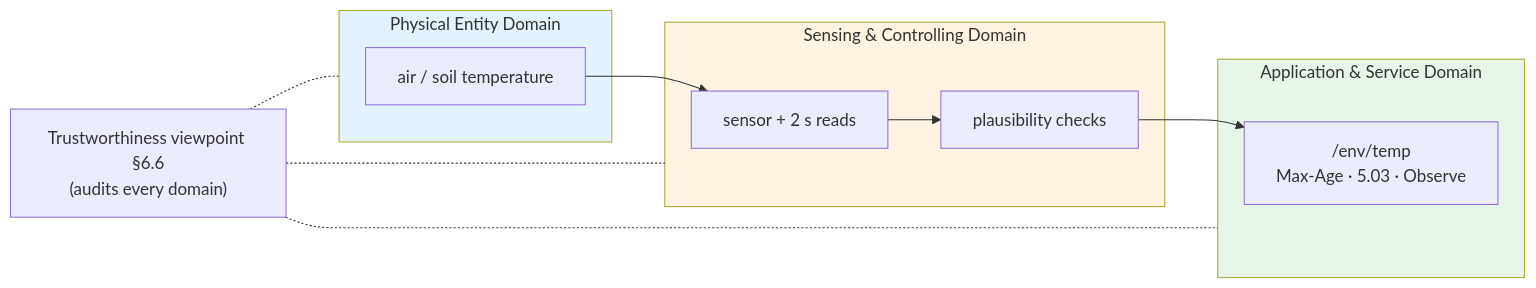
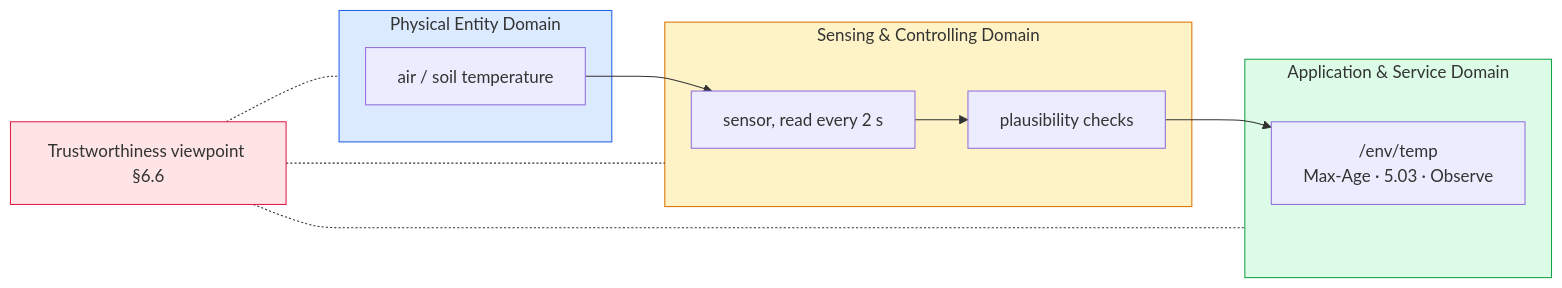
One commit to Giraldo0712/4201327-iot_systems_design changed the diagram in labs/lab4.md. Above: the diagram before and after it, drawn with Mermaid. The commit also changed other lines of this file and 11 other files, not shown here.

````diff
--- a/labs/lab4.md
+++ b/labs/lab4.md
@@ -251,20 +123,21 @@
 ```mermaid
 graph LR
     subgraph PED [Physical Entity Domain]
         Air[air / soil temperature]
     end
     subgraph SCD [Sensing & Controlling Domain]
-        Sensor[sensor + 2 s reads]
-        Checks[plausibility checks]
+        Sensor[sensor, read every 2 s] --> Checks[plausibility checks]
     end
     subgraph ASD [Application & Service Domain]
         T["/env/temp<br/>Max-Age · 5.03 · Observe"]
     end
-    Air --> Sensor --> Checks --> T
-    TW["Trustworthiness viewpoint §6.6<br/>(audits every domain)"] -.- PED
+    Air --> Sensor
+    Checks --> T
+    TW["Trustworthiness viewpoint §6.6"] -.- PED
     TW -.- SCD
     TW -.- ASD
-    style PED fill:#e3f2fd
-    style SCD fill:#fff4e1
-    style ASD fill:#e8f5e9
+    style PED fill:#dbeafe,stroke:#2563eb
+    style SCD fill:#fef3c7,stroke:#d97706
+    style ASD fill:#dcfce7,stroke:#16a34a
+    style TW fill:#ffe4e6,stroke:#e11d48
 ```
````
